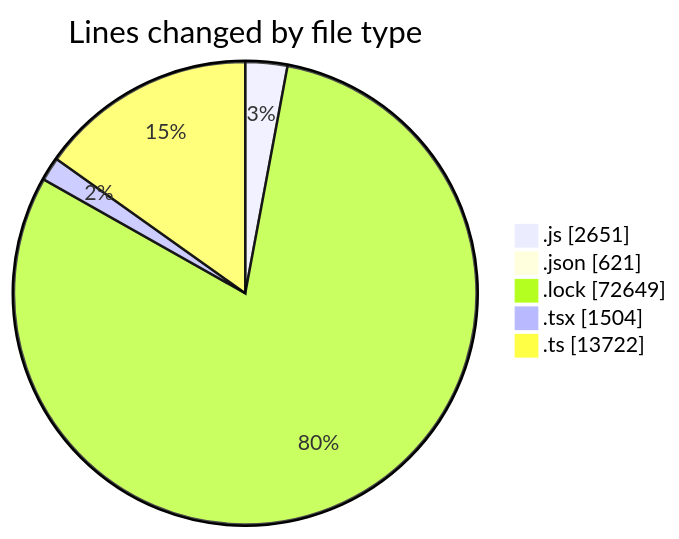
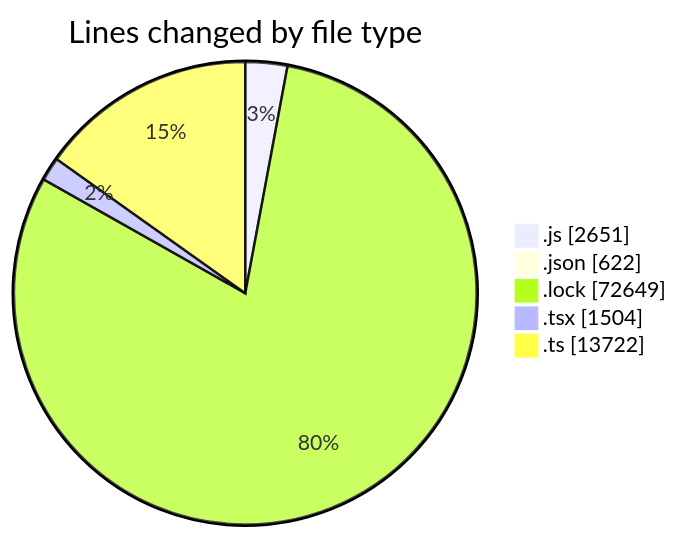
One commit to momahboobian/code-tracking changed the first of 2 diagrams in 2025-12-18/cda/README.md. Above: the diagram before and after it, drawn with Mermaid. The commit also changed other lines of this file and 1 other file, not shown here.

````diff
--- a/2025-12-18/cda/README.md
+++ b/2025-12-18/cda/README.md
@@ -62,9 +62,9 @@
 ```mermaid
 pie showData
 title Lines changed by file type
 ".js" : 2651
-".json" : 621
+".json" : 622
 ".lock" : 72649
 ".tsx" : 1504
 ".ts" : 13722
 ```
````
